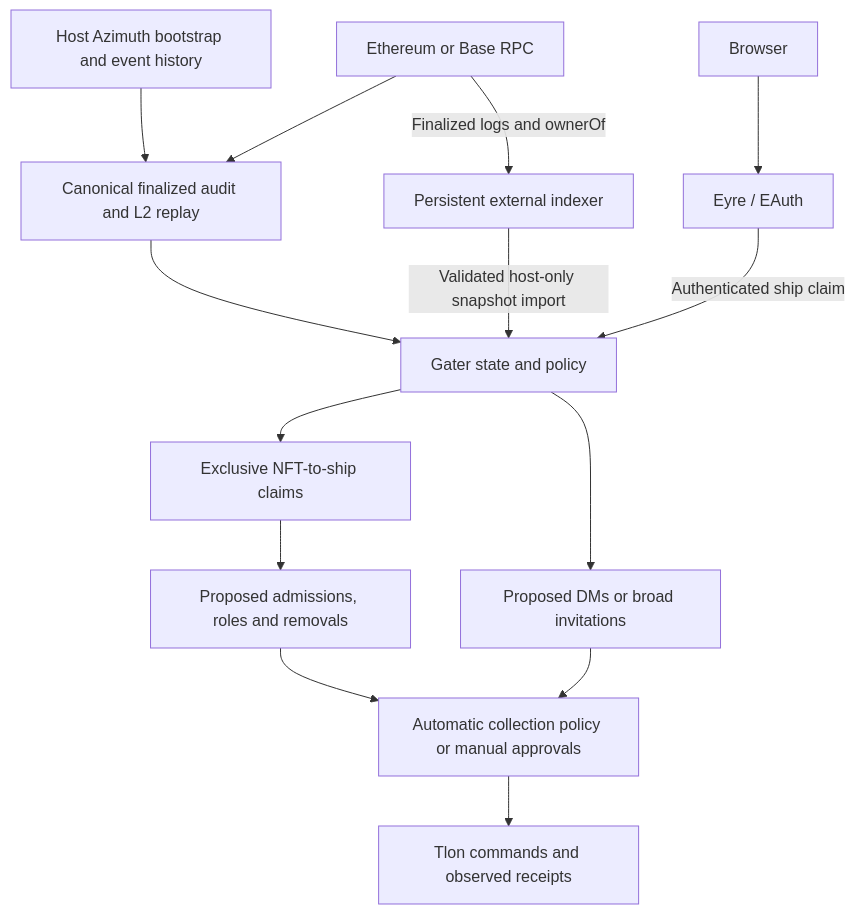
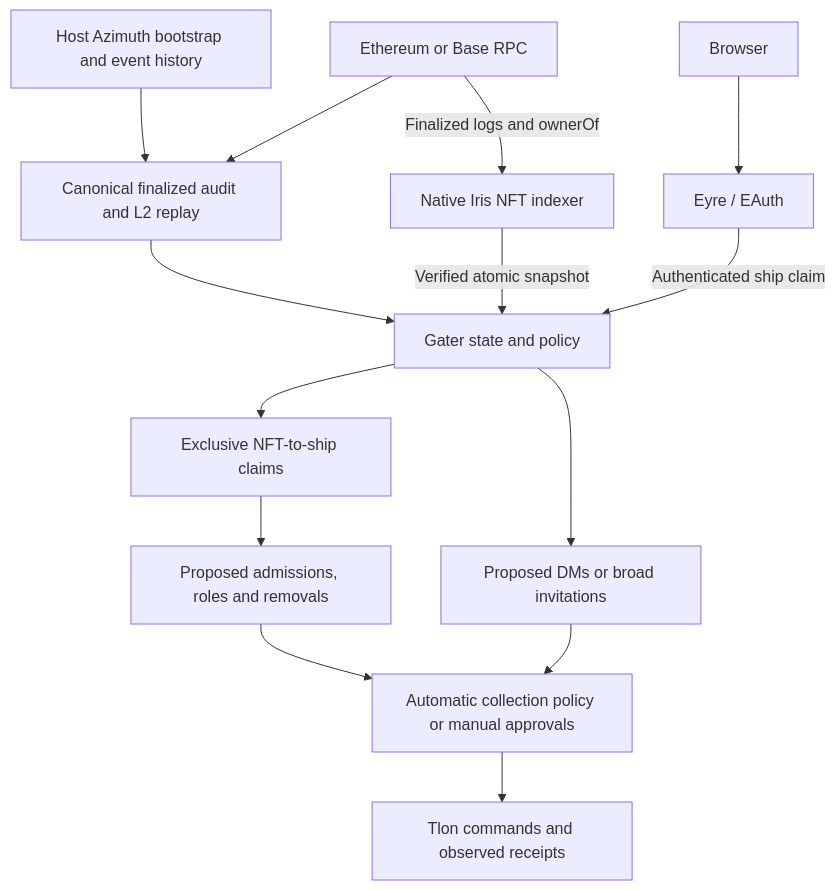
The diagram in docs/architecture.md (thelifeandtimes/gater), drawn with Mermaid before and after one commit. The commit also changed other lines of this file and 22 other files, not shown here.

````diff
--- a/docs/architecture.md
+++ b/docs/architecture.md
@@ -5,16 +5,16 @@
 ```mermaid
 flowchart TD
     A[Host Azimuth bootstrap and event history] --> V[Canonical finalized audit and L2 replay]
     R[Ethereum or Base RPC] --> V
     V --> G[Gater state and policy]
-    R -->|Finalized logs and ownerOf| S[Persistent external indexer]
-    S -->|Validated host-only snapshot import| G
+    R -->|Finalized logs and ownerOf| S[Native Iris NFT indexer]
+    S -->|Verified atomic snapshot| G
     B[Browser] --> E[Eyre / EAuth]
     E -->|Authenticated ship claim| G
     G --> C[Exclusive NFT-to-ship claims]
     C --> P[Proposed admissions, roles and removals]
     G --> O[Proposed DMs or broad invitations]
     P --> Q[Automatic collection policy or manual approvals]
     O --> Q
     Q --> T[Tlon commands and observed receipts]
 ```
````
